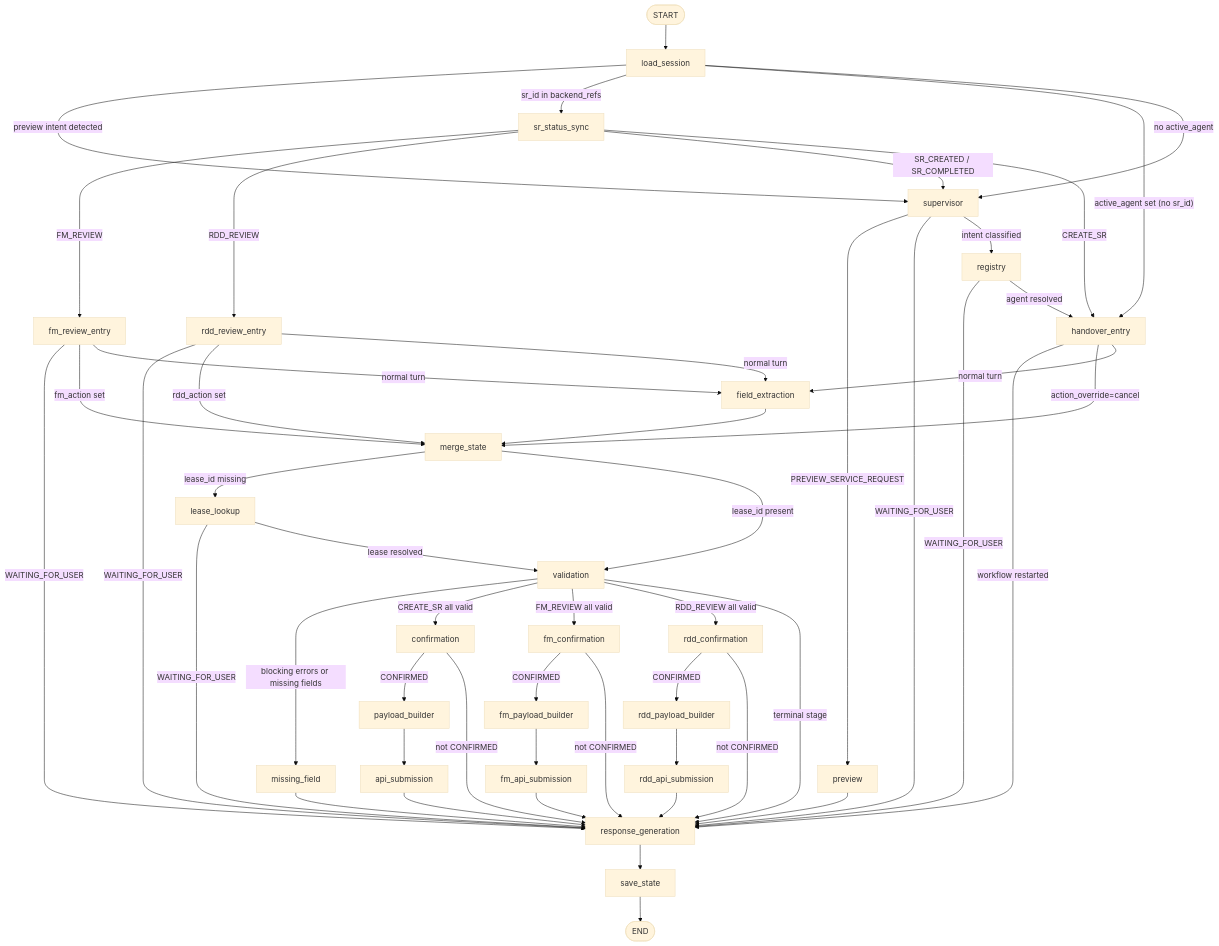
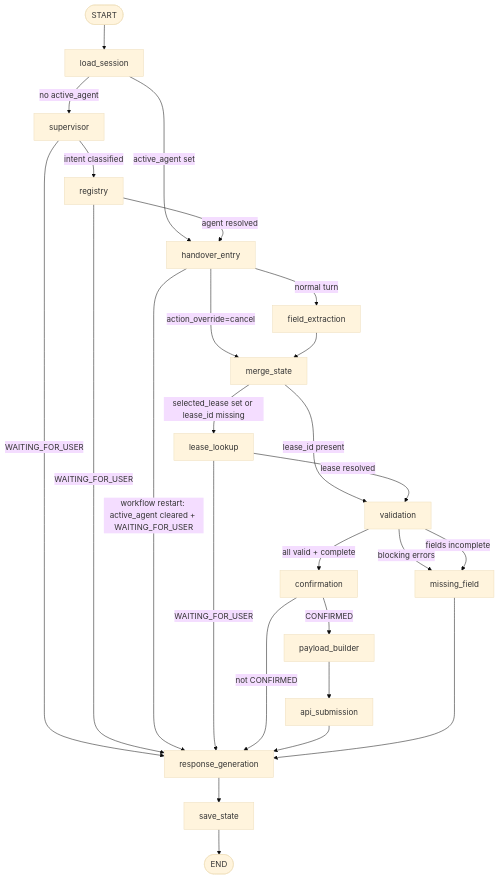
Before and after one commit to swa01wk/cenomi-api-v2: the fourth of 6 diagrams in service-request-chatbot/docs/architecture.md, drawn with Mermaid (base theme). The commit also changed other lines of this file and 33 other files, not shown here.

Commit message:
feat: complete sales data agent frontend and evaluation fixes

````diff
--- a/service-request-chatbot/docs/architecture.md
+++ b/service-request-chatbot/docs/architecture.md
@@ -232,72 +157,41 @@
 ```mermaid
 flowchart TD
     START([START]) --> load_session
+    load_session -->|active_agent set| handover_entry
+    load_session -->|no active_agent| supervisor
 
-    load_session -->|"preview intent detected"| supervisor
-    load_session -->|"sr_id in backend_refs"| sr_status_sync
-    load_session -->|"active_agent set (no sr_id)"| handover_entry
-    load_session -->|"no active_agent"| supervisor
+    supervisor -->|WAITING_FOR_USER| response_generation
+    supervisor -->|intent classified| registry
 
-    sr_status_sync -->|"FM_REVIEW"| fm_review_entry
-    sr_status_sync -->|"RDD_REVIEW"| rdd_review_entry
-    sr_status_sync -->|"SR_CREATED / SR_COMPLETED"| supervisor
-    sr_status_sync -->|"CREATE_SR"| handover_entry
+    registry -->|WAITING_FOR_USER| response_generation
+    registry -->|agent resolved| handover_entry
 
-    supervisor -->|"PREVIEW_SERVICE_REQUEST"| preview
-    supervisor -->|"WAITING_FOR_USER"| response_generation
-    supervisor -->|"intent classified"| registry
-
-    preview --> response_generation
-
-    registry -->|"WAITING_FOR_USER"| response_generation
-    registry -->|"agent resolved"| handover_entry
-
-    handover_entry -->|"workflow restarted"| response_generation
-    handover_entry -->|"action_override=cancel"| merge_state
-    handover_entry -->|"normal turn"| field_extraction
-
-    fm_review_entry -->|"WAITING_FOR_USER"| response_generation
-    fm_review_entry -->|"fm_action set"| merge_state
-    fm_review_entry -->|"normal turn"| field_extraction
-
-    rdd_review_entry -->|"WAITING_FOR_USER"| response_generation
-    rdd_review_entry -->|"rdd_action set"| merge_state
-    rdd_review_entry -->|"normal turn"| field_extraction
+    handover_entry -->|workflow restart: active_agent cleared + WAITING_FOR_USER| response_generation
+    handover_entry -->|action_override=cancel| merge_state
+    handover_entry -->|normal turn| field_extraction
 
     field_extraction --> merge_state
 
-    merge_state -->|"lease_id missing"| lease_lookup
-    merge_state -->|"lease_id present"| validation
+    merge_state -->|selected_lease set or lease_id missing| lease_lookup
+    merge_state -->|lease_id present| validation
 
-    lease_lookup -->|"WAITING_FOR_USER"| response_generation
-    lease_lookup -->|"lease resolved"| validation
+    lease_lookup -->|WAITING_FOR_USER| response_generation
+    lease_lookup -->|lease resolved| validation
 
-    validation -->|"blocking errors or missing fields"| missing_field
-    validation -->|"CREATE_SR all valid"| confirmation
-    validation -->|"FM_REVIEW all valid"| fm_confirmation
-    validation -->|"RDD_REVIEW all valid"| rdd_confirmation
-    validation -->|"terminal stage"| response_generation
+    validation -->|blocking errors| missing_field
+    validation -->|fields incomplete| missing_field
+    validation -->|all valid + complete| confirmation
+
+    confirmation -->|CONFIRMED| payload_builder
+    confirmation -->|not CONFIRMED| response_generation
+
+    payload_builder --> api_submission
+
+    api_submission --> response_generation
 
     missing_field --> response_generation
 
-    confirmation -->|"CONFIRMED"| payload_builder
-    confirmation -->|"not CONFIRMED"| response_generation
+    response_generation --> save_state
 
-    fm_confirmation -->|"CONFIRMED"| fm_payload_builder
-    fm_confirmation -->|"not CONFIRMED"| response_generation
-
-    rdd_confirmation -->|"CONFIRMED"| rdd_payload_builder
-    rdd_confirmation -->|"not CONFIRMED"| response_generation
-
-    payload_builder --> api_submission
-    api_submission --> response_generation
-
-    fm_payload_builder --> fm_api_submission
-    fm_api_submission --> response_generation
-
-    rdd_payload_builder --> rdd_api_submission
-    rdd_api_submission --> response_generation
-
-    response_generation --> save_state
     save_state --> END([END])
 ```
````
